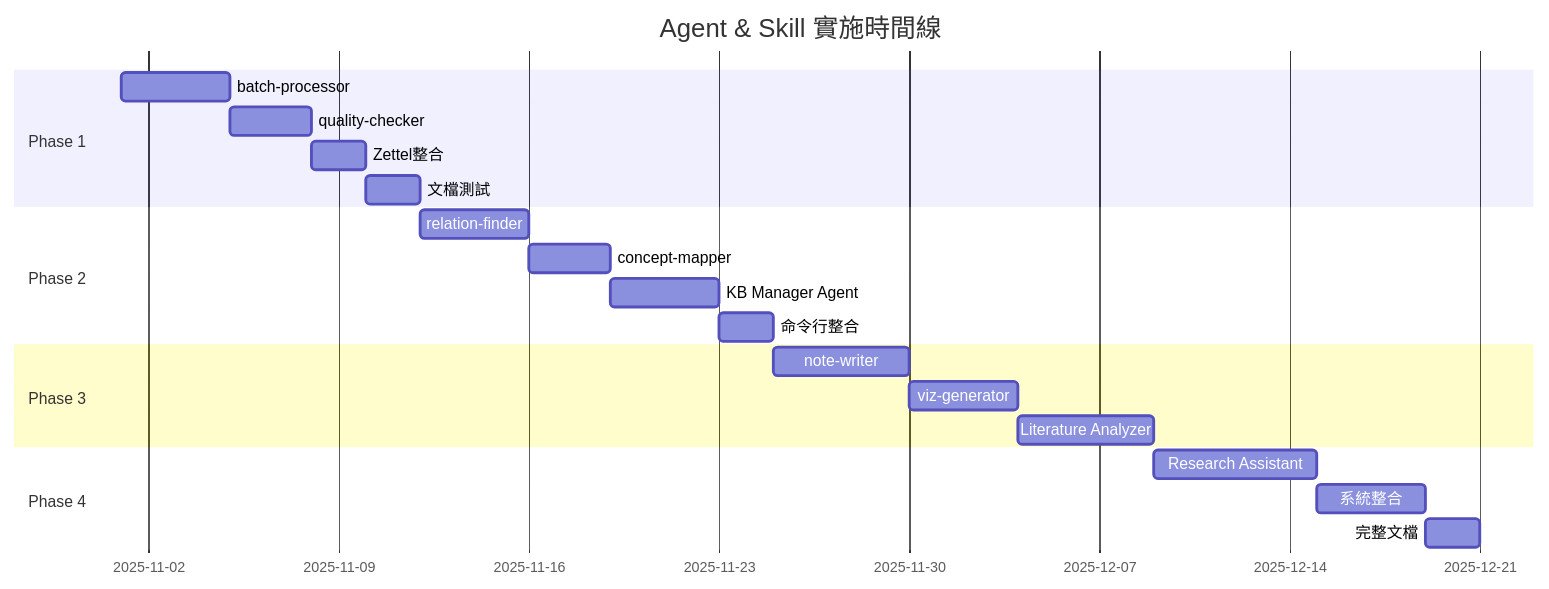
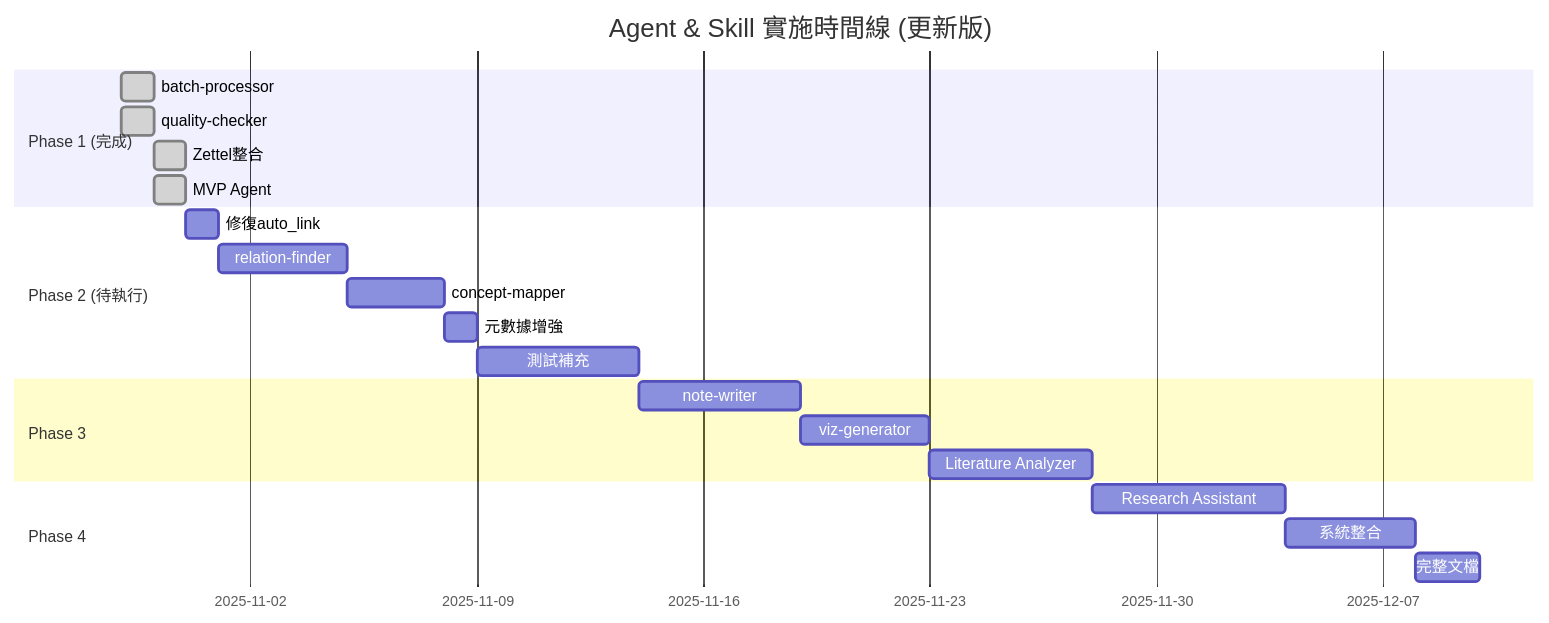
The diagram in AGENT_SKILL_DESIGN.md (SCgeeker/Claude_Journal_Club_Agents), drawn with Mermaid before and after one commit. The commit also changed other lines of this file and 4 other files, not shown here.

First line of the commit message:
docs: Compact AGENT_SKILL_DESIGN and add progress reports

````diff
--- a/AGENT_SKILL_DESIGN.md
+++ b/AGENT_SKILL_DESIGN.md
@@ -1659,26 +532,28 @@
 ```mermaid
 gantt
-    title Agent & Skill 實施時間線
+    title Agent & Skill 實施時間線 (更新版)
     dateFormat  YYYY-MM-DD
-    section Phase 1
-    batch-processor       :p1-1, 2025-11-01, 4d
-    quality-checker       :p1-2, 2025-11-05, 3d
-    Zettel整合            :p1-3, 2025-11-08, 2d
-    文檔測試              :p1-4, 2025-11-10, 2d
 
-    section Phase 2
-    relation-finder       :p2-1, 2025-11-12, 4d
-    concept-mapper        :p2-2, 2025-11-16, 3d
-    KB Manager Agent      :p2-3, 2025-11-19, 4d
-    命令行整合            :p2-4, 2025-11-23, 2d
+    section Phase 1 (完成)
+    batch-processor       :done, p1-1, 2025-10-29, 1d
+    quality-checker       :done, p1-2, 2025-10-29, 1d
+    Zettel整合            :done, p1-3, 2025-10-30, 1d
+    MVP Agent             :done, p1-4, 2025-10-30, 1d
+
+    section Phase 2 (待執行)
+    修復auto_link         :p2-0, 2025-10-31, 1d
+    relation-finder       :p2-1, 2025-11-01, 4d
+    concept-mapper        :p2-2, 2025-11-05, 3d
+    元數據增強            :p2-3, 2025-11-08, 1d
+    測試補充              :p2-4, 2025-11-09, 5d
 
     section Phase 3
-    note-writer           :p3-1, 2025-11-25, 5d
-    viz-generator         :p3-2, 2025-11-30, 4d
-    Literature Analyzer   :p3-3, 2025-12-04, 5d
+    note-writer           :p3-1, 2025-11-14, 5d
+    viz-generator         :p3-2, 2025-11-19, 4d
+    Literature Analyzer   :p3-3, 2025-11-23, 5d
 
     section Phase 4
-    Research Assistant    :p4-1, 2025-12-09, 6d
-    系統整合              :p4-2, 2025-12-15, 4d
-    完整文檔              :p4-3, 2025-12-19, 2d
+    Research Assistant    :p4-1, 2025-11-28, 6d
+    系統整合              :p4-2, 2025-12-04, 4d
+    完整文檔              :p4-3, 2025-12-08, 2d
 ```
````
